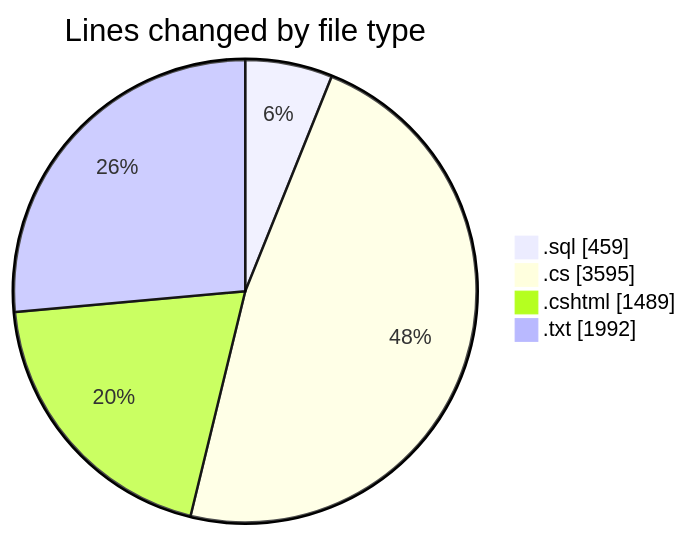
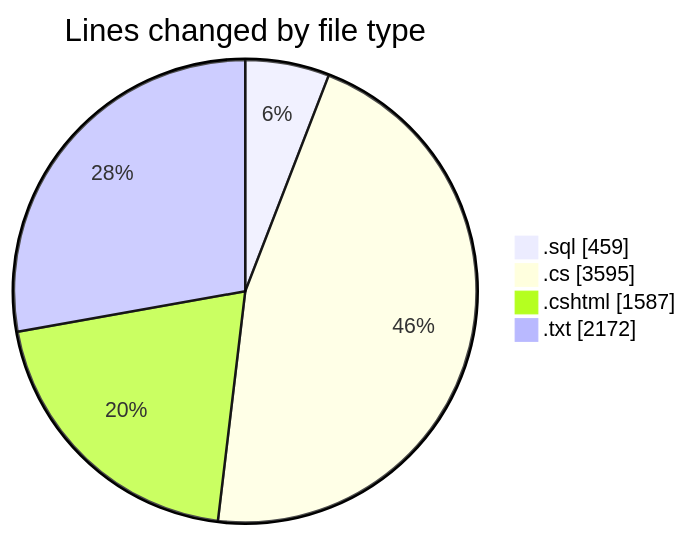
Before and after one commit to lephambinh05/code-tracking: the first of 2 diagrams in 2025-07-23/quanlyrapchieuphim/README.md, drawn with Mermaid. The commit also changed other lines of this file and 1 other file, not shown here.

````diff
--- a/2025-07-23/quanlyrapchieuphim/README.md
+++ b/2025-07-23/quanlyrapchieuphim/README.md
@@ -33,8 +33,8 @@
 ```mermaid
 pie showData
 title Lines changed by file type
 ".sql" : 459
 ".cs" : 3595
-".cshtml" : 1489
-".txt" : 1992
+".cshtml" : 1587
+".txt" : 2172
 ```
````
